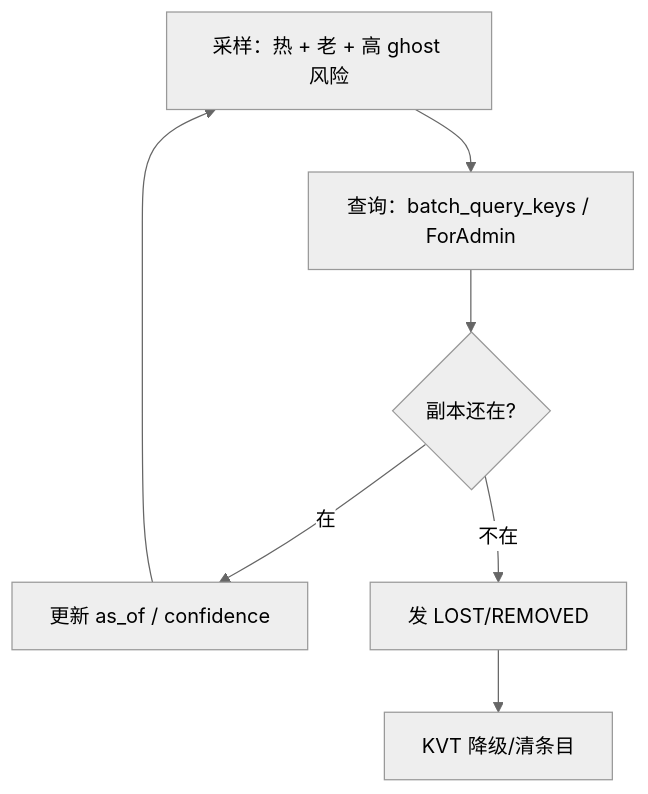
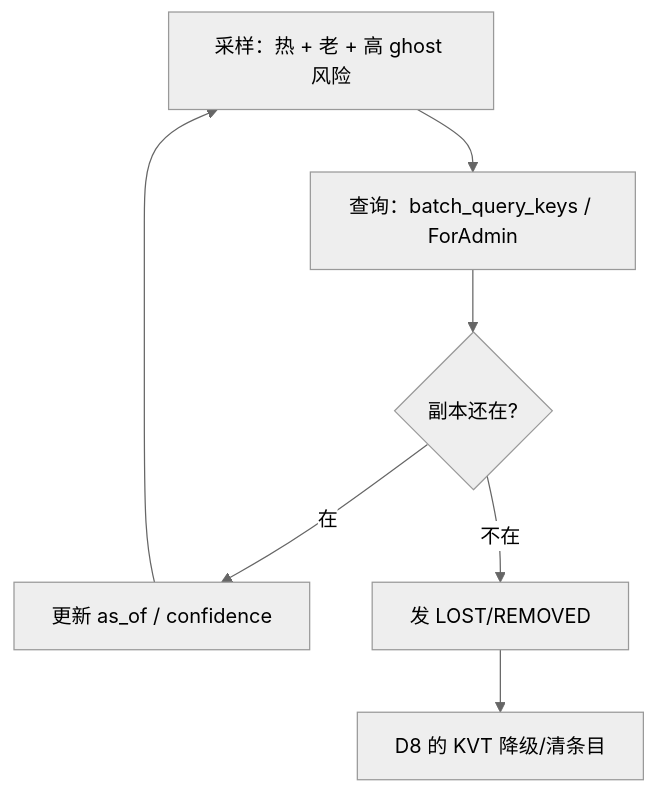
The second of 6 diagrams in kvcm/design/D9-kv-services.md (5x8-40/lake), drawn with Mermaid (neutral theme) before and after one commit. The commit also changed other lines of this file and 3 other files, not shown here.

````diff
--- a/kvcm/design/D9-kv-services.md
+++ b/kvcm/design/D9-kv-services.md
@@ -196,9 +96,9 @@
 ```mermaid
 flowchart TB
     S["采样：热 + 老 + 高 ghost 风险"] --> Q["查询：batch_query_keys / ForAdmin"]
     Q --> C{"副本还在?"}
     C -->|"在"| U["更新 as_of / confidence"]
     C -->|"不在"| E["发 LOST/REMOVED"]
-    E --> K["KVT 降级/清条目"]
+    E --> K["D8 的 KVT 降级/清条目"]
     U --> S
 ```
````
